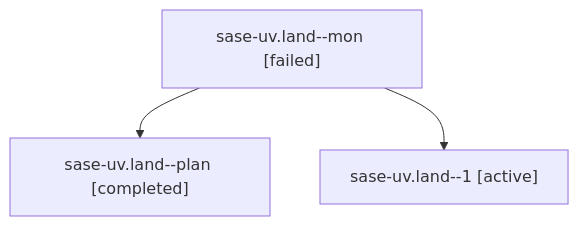
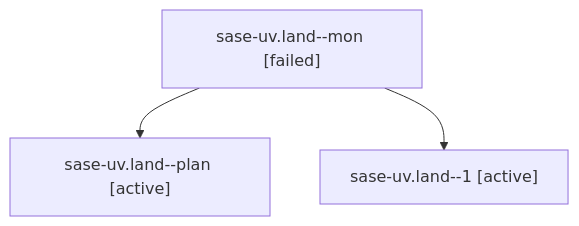
One commit to sase-org/sase--agents changed the diagram in families/bbugyi200.athena.sase-uv.land.md. Above: the diagram before and after it, drawn with Mermaid. The commit also changed other lines of this file and 35830 other files, not shown here.

````diff
--- a/families/bbugyi200.athena.sase-uv.land.md
+++ b/families/bbugyi200.athena.sase-uv.land.md
@@ -9,8 +9,8 @@
 ```mermaid
 flowchart TD
   n0["sase-uv.land--mon [failed]"]
-  n1["sase-uv.land--plan [completed]"]
+  n1["sase-uv.land--plan [active]"]
   n0 --> n1
   n2["sase-uv.land--1 [active]"]
   n0 --> n2
 ```
````
